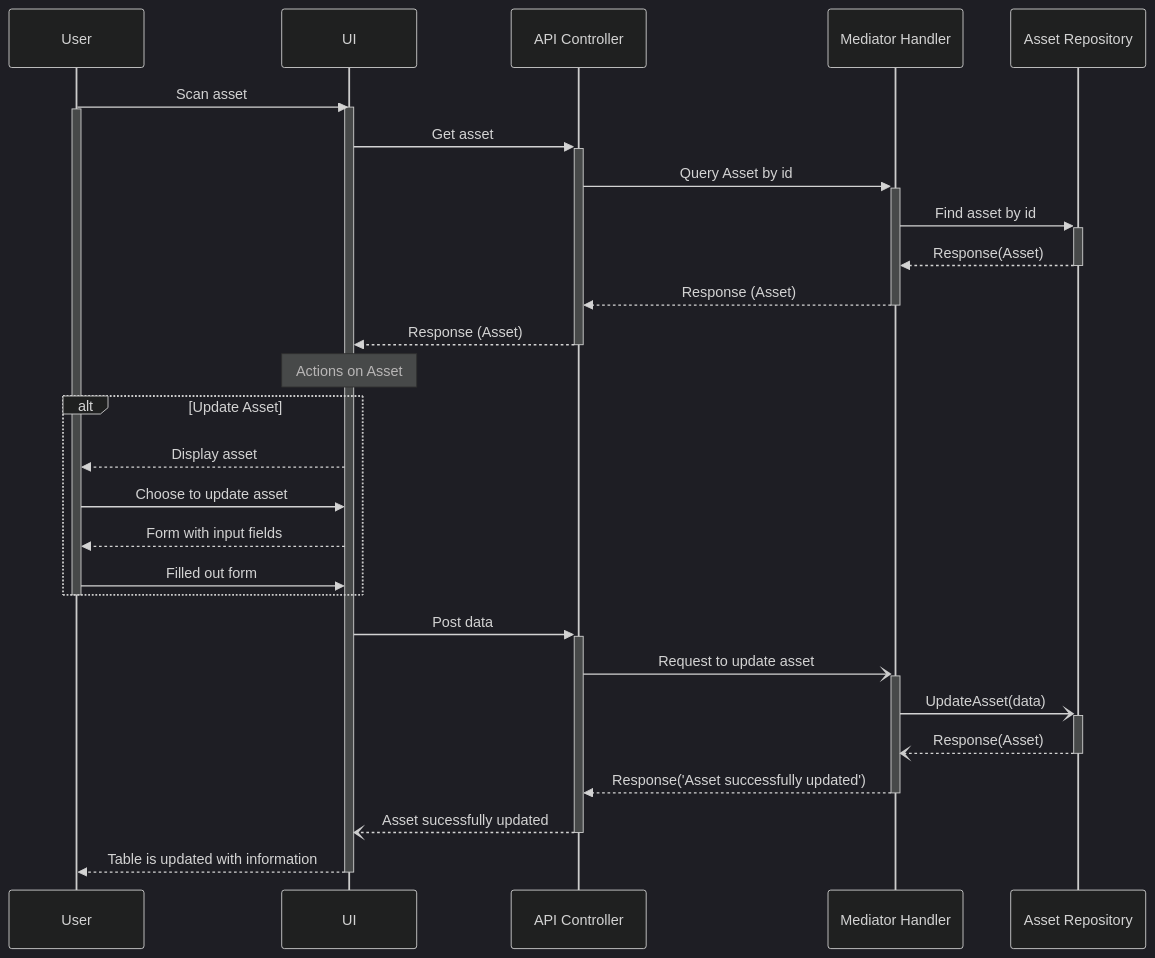
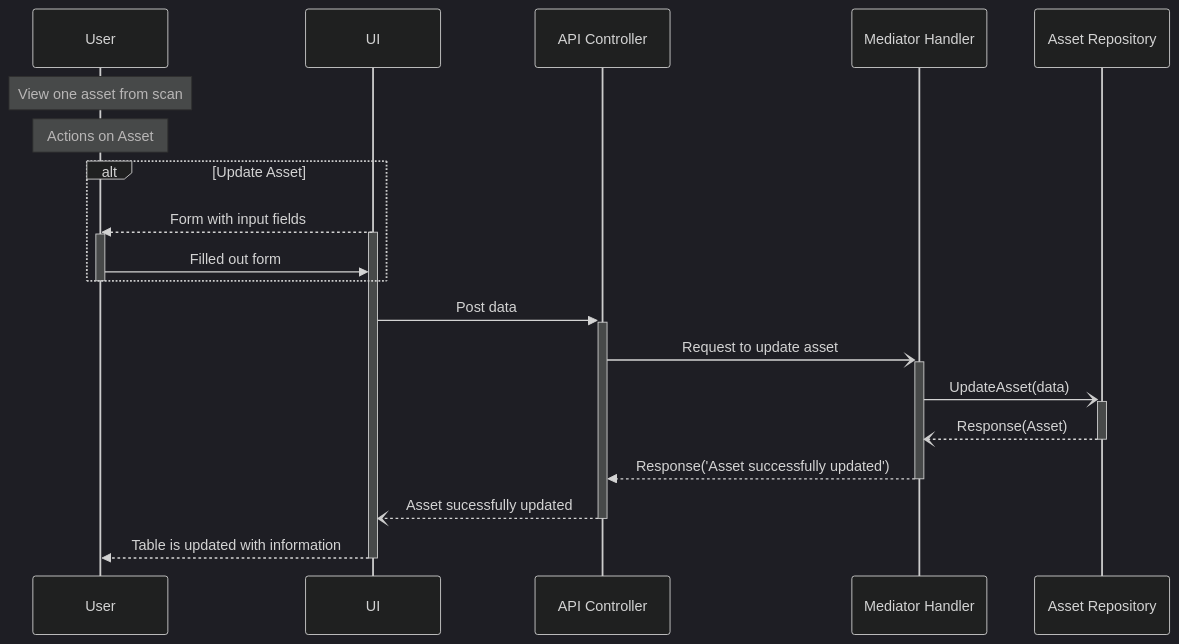
One commit to livun/bouvet-asset-hub changed the third of 3 diagrams in docs/sequence-diagrams/update-asset.md. Above: the diagram before and after it, drawn with Mermaid (dark theme). The commit also changed other lines of this file and 4 other files, not shown here.

Commit message:
more sequende diagrams

````diff
--- a/docs/sequence-diagrams/update-asset.md
+++ b/docs/sequence-diagrams/update-asset.md
@@ -60,41 +62,32 @@
 ```mermaid
-sequenceDiagram
-    User ->> UI : Scan asset
-    Activate UI
-    Activate User
+    sequenceDiagram
+        Note over User : View one asset from scan
+        Note over User: Actions on Asset
+            
+            Alt Update Asset
+            
+                UI -->> User : Form with input fields
+                Activate UI
+                Activate User
+                User ->> UI : Filled out form 
 
-        UI ->>+ API Controller: Get asset
-        API Controller ->>+ Mediator Handler : Query Asset by id
-        Mediator Handler ->>+ Asset Repository : Find asset by id
-        Asset Repository -->>- Mediator Handler : Response(Asset)
-        Mediator Handler -->>- API Controller : Response (Asset)
-        API Controller -->>- UI : Response (Asset)
-
-        Note over UI: Actions on Asset
-        Alt Update Asset
-            UI -->> User : Display asset
-            User ->> UI : Choose to update asset 
-            UI -->> User : Form with input fields
-            User ->> UI : Filled out form 
-
-        End
-    Deactivate User
-       
-    
-    UI ->>+ API Controller: Post data
-    
-    API Controller -)+ Mediator Handler : Request to update asset
+            End
+        Deactivate User
         
-    Mediator Handler -)+ Asset Repository : UpdateAsset(data)
+        UI ->>+ API Controller: Post data
+        
+        API Controller -)+ Mediator Handler : Request to update asset
             
-    Asset Repository  --)- Mediator Handler : Response(Asset)
-                    
-    Mediator Handler -->>- API Controller : Response('Asset successfully updated')
-    
-    API Controller --)- UI  : Asset sucessfully updated
-    
-    UI -->> User : Table is updated with information
-    Deactivate UI
+        Mediator Handler -)+ Asset Repository : UpdateAsset(data)
+                
+        Asset Repository  --)- Mediator Handler : Response(Asset)
+                        
+        Mediator Handler -->>- API Controller : Response('Asset successfully updated')
+        
+        API Controller --)- UI  : Asset sucessfully updated
+        
+        UI -->> User : Table is updated with information
+        Deactivate UI
 
      
 ```
````
